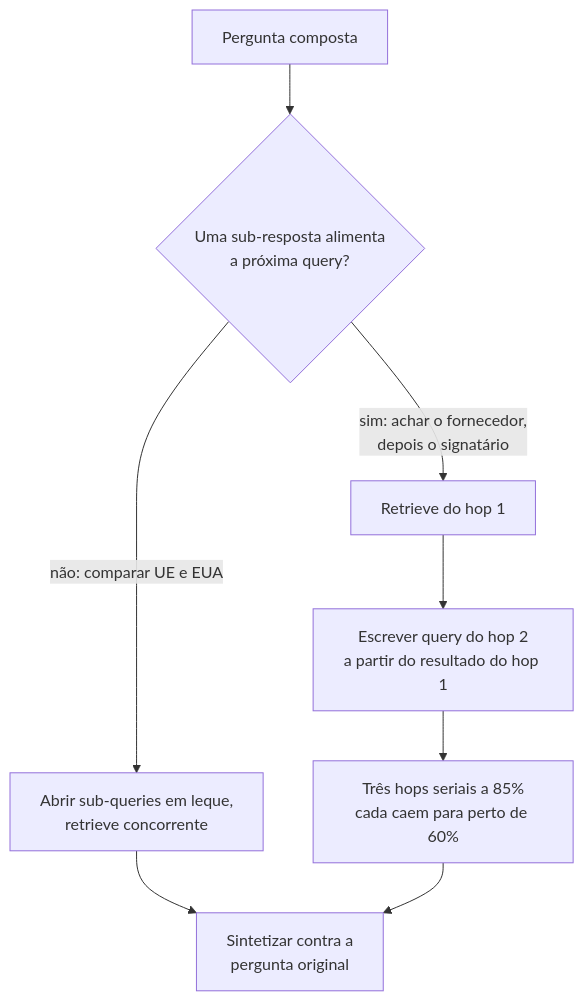
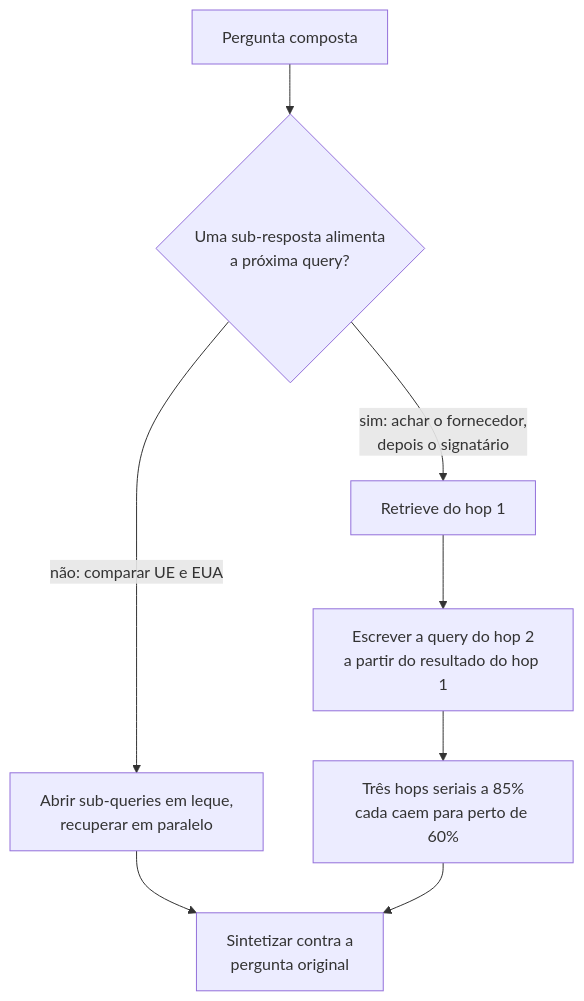
Before and after one commit to andrevberaldo/AI-Engineer-Interview-Questions: diagram 16 of 30 in 04-rag-and-retrieval/questions.pt-BR.md, drawn with Mermaid. The commit also changed other lines of this file and 1 other file, not shown here.

````diff
--- a/04-rag-and-retrieval/questions.pt-BR.md
+++ b/04-rag-and-retrieval/questions.pt-BR.md
@@ -799,10 +799,10 @@
 ```mermaid
 flowchart TD
     Q["Pergunta composta"] --> C{"Uma sub-resposta alimenta<br/>a próxima query?"}
-    C -->|"não: comparar UE e EUA"| P["Abrir sub-queries em leque,<br/>retrieve concorrente"]
+    C -->|"não: comparar UE e EUA"| P["Abrir sub-queries em leque,<br/>recuperar em paralelo"]
     C -->|"sim: achar o fornecedor,<br/>depois o signatário"| S["Retrieve do hop 1"]
-    S --> S2["Escrever query do hop 2<br/>a partir do resultado do hop 1"]
+    S --> S2["Escrever a query do hop 2<br/>a partir do resultado do hop 1"]
     S2 --> Y["Três hops seriais a 85%<br/>cada caem para perto de 60%"]
     P --> M["Sintetizar contra a<br/>pergunta original"]
     Y --> M
 ```
````
